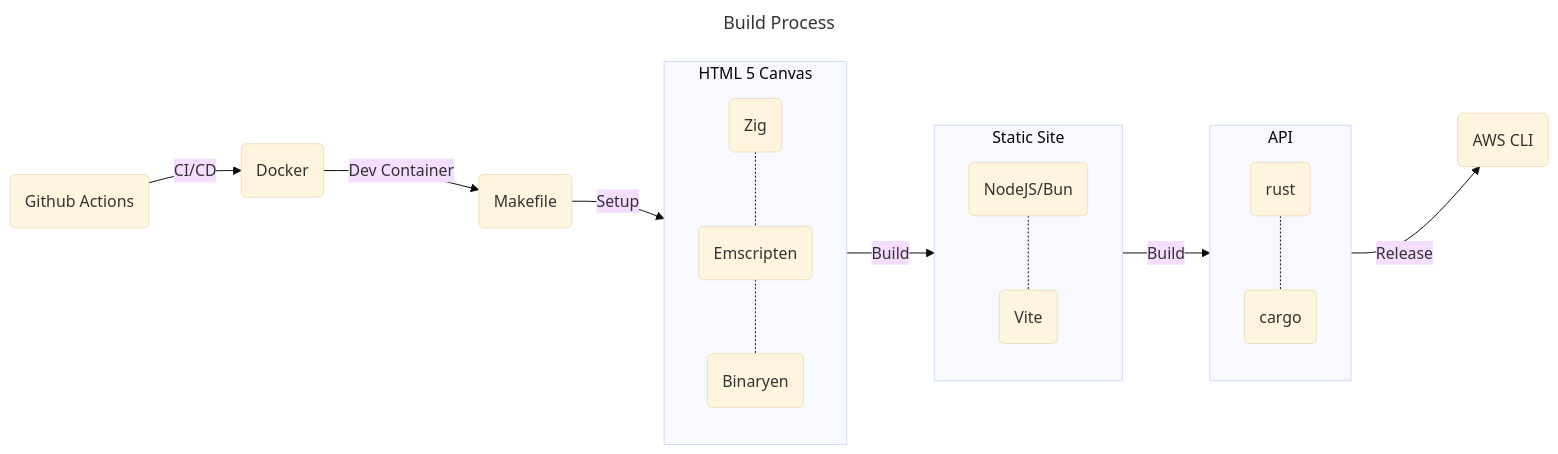
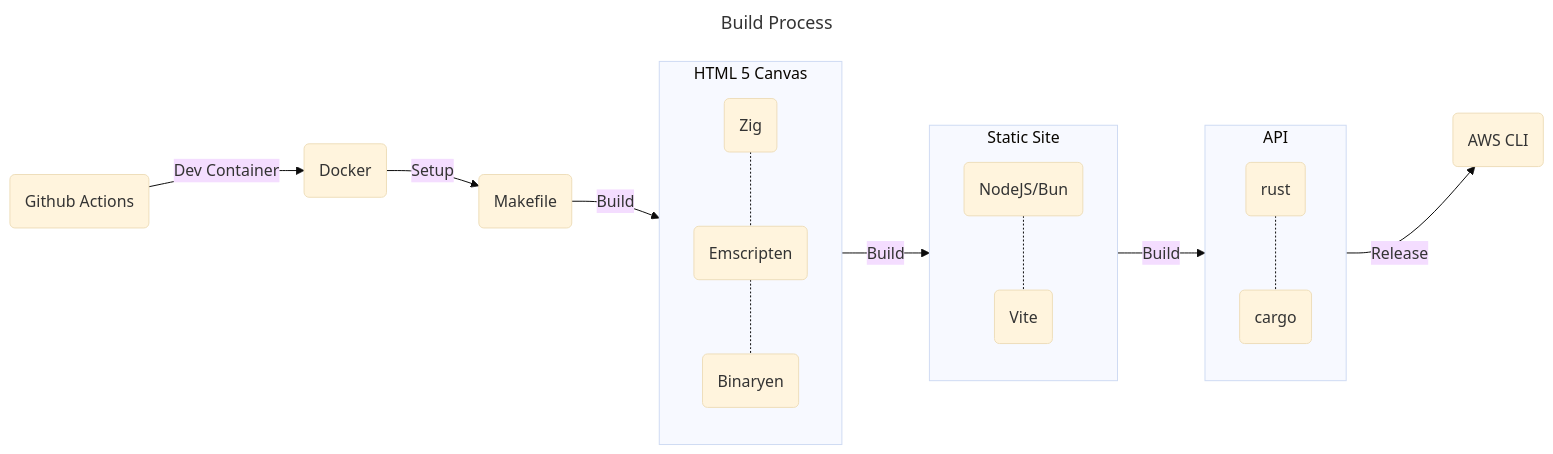
The second of 2 diagrams in README.md (dylanlangston/dylanlangston.com), drawn with Mermaid (base theme) before and after one commit.

````diff
--- a/README.md
+++ b/README.md
@@ -53,37 +53,37 @@
 ```mermaid
 ---
 title:  Build Process
 ---
 flowchart LR
 	B1("Makefile")
 	
 
 	B7("Docker")
 	B8("Github Actions")
 	B9("AWS CLI")
     subgraph "HTML 5 Canvas"
         B2("Zig")
         B3("Emscripten")
         B4("Binaryen")
     end
     subgraph "Static Site"
         B5("NodeJS/Bun")
         B6("Vite")
     end
     subgraph "API "
         B10("rust")
         B11("cargo")
     end
 
 
     B2 -.- B3 -.- B4
     B5 -.- B6
     B10 -.- B11
 
-    B1 --Setup--> subGraph0 --Build--> subGraph1 --Build--> subGraph2 --Release--> B9
-    B8 --CI/CD--> B7 --Dev Container--> B1
+    B1 --Build--> subGraph0 --Build--> subGraph1 --Build--> subGraph2 --Release--> B9
+    B8 --Dev Container--> B7 --Setup--> B1
     B8 ~~~ B9
     B8 ~~~ B1
     B8 ~~~ subGraph0
 
 ```
````
